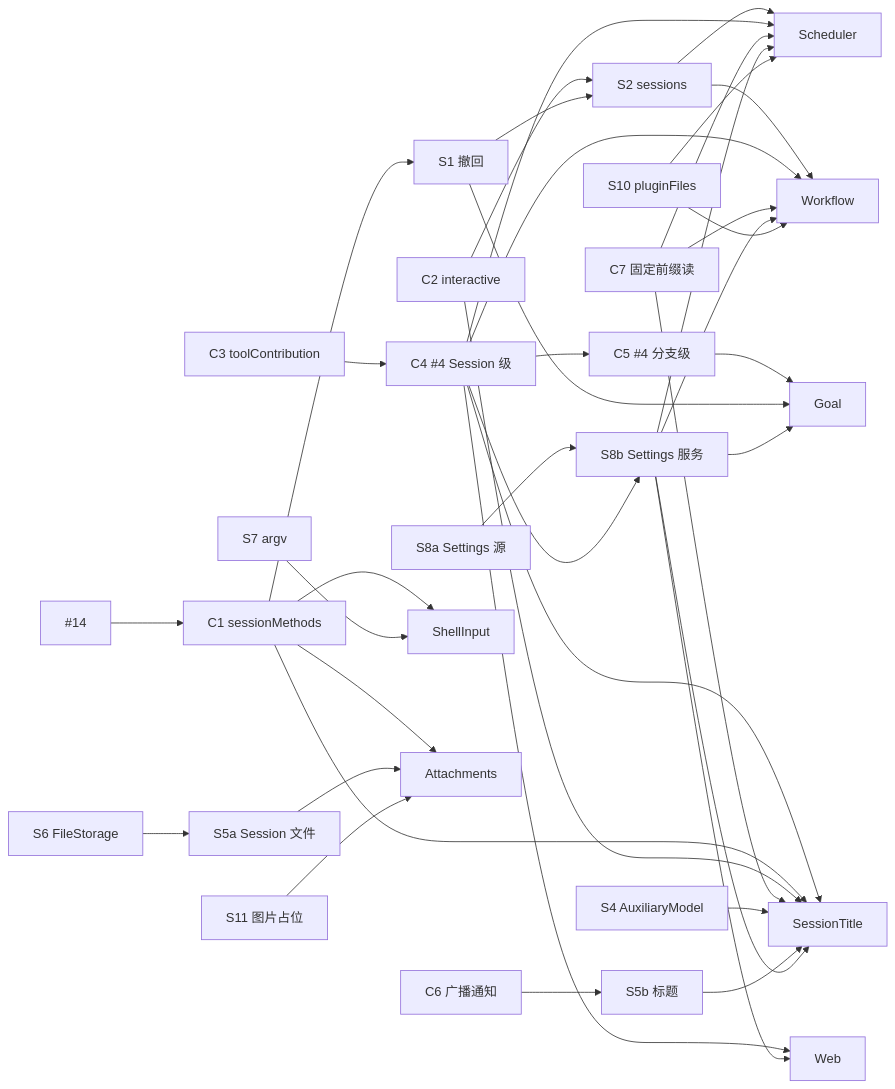
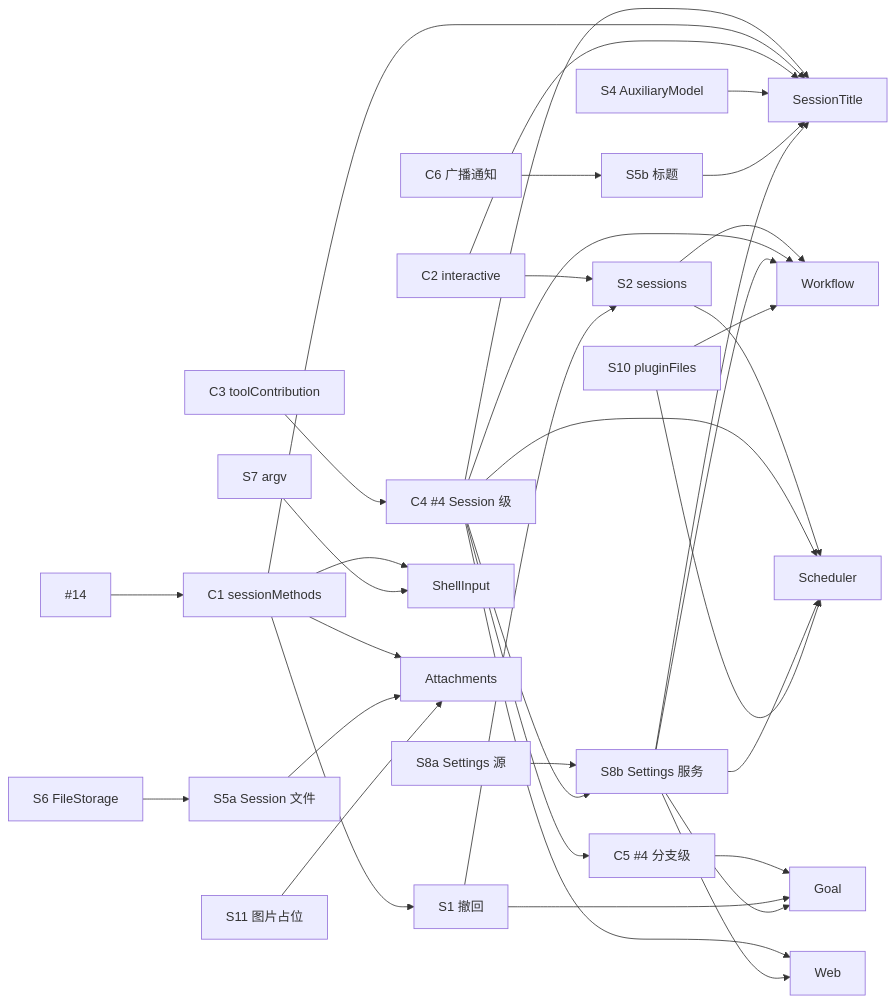
The diagram in docs/design/roadmap.md (CoutinhoTTS/dim-agent), drawn with Mermaid before and after one commit. The commit also changed other lines of this file and 4 other files, not shown here.

````diff
--- a/docs/design/roadmap.md
+++ b/docs/design/roadmap.md
@@ -155,40 +155,37 @@
 ```mermaid
 flowchart LR
   PR14["#14"] --> C1["C1 sessionMethods"]
   C3["C3 toolContribution"] --> C4["C4 #4 Session 级"] --> C5["C5 #4 分支级"]
   C1 --> S1["S1 撤回"]
   C2["C2 interactive"] --> S2["S2 sessions"]
   S1 --> S2
   C6["C6 广播通知"] --> S5b["S5b 标题"]
   S6["S6 FileStorage"] --> S5a["S5a Session 文件"]
 
   C1 --> SH["ShellInput"]
   S7["S7 argv"] --> SH
   C1 --> AT["Attachments"]
   S5a --> AT
   S11["S11 图片占位"] --> AT
   C4 --> WEB["Web"]
   S8a["S8a Settings 源"] --> S8b["S8b Settings 服务"]
   C4 --> S8b
   S8b --> WEB
   C4 --> ST["SessionTitle"]
   C1 --> ST
   C2 --> ST
-  C7["C7 固定前缀读"] --> ST
   S4["S4 AuxiliaryModel"] --> ST
   S5b --> ST
   S8b --> ST
   C5 --> GO["Goal"]
   S1 --> GO
   S8b --> GO
   S2 --> SC["Scheduler"]
   S2 --> WF["Workflow"]
   C4 --> SC
   C4 --> WF
-  C7 --> SC
-  C7 --> WF
   S8b --> SC
   S8b --> WF
   S10["S10 pluginFiles"] --> SC
   S10 --> WF
 ```
````
